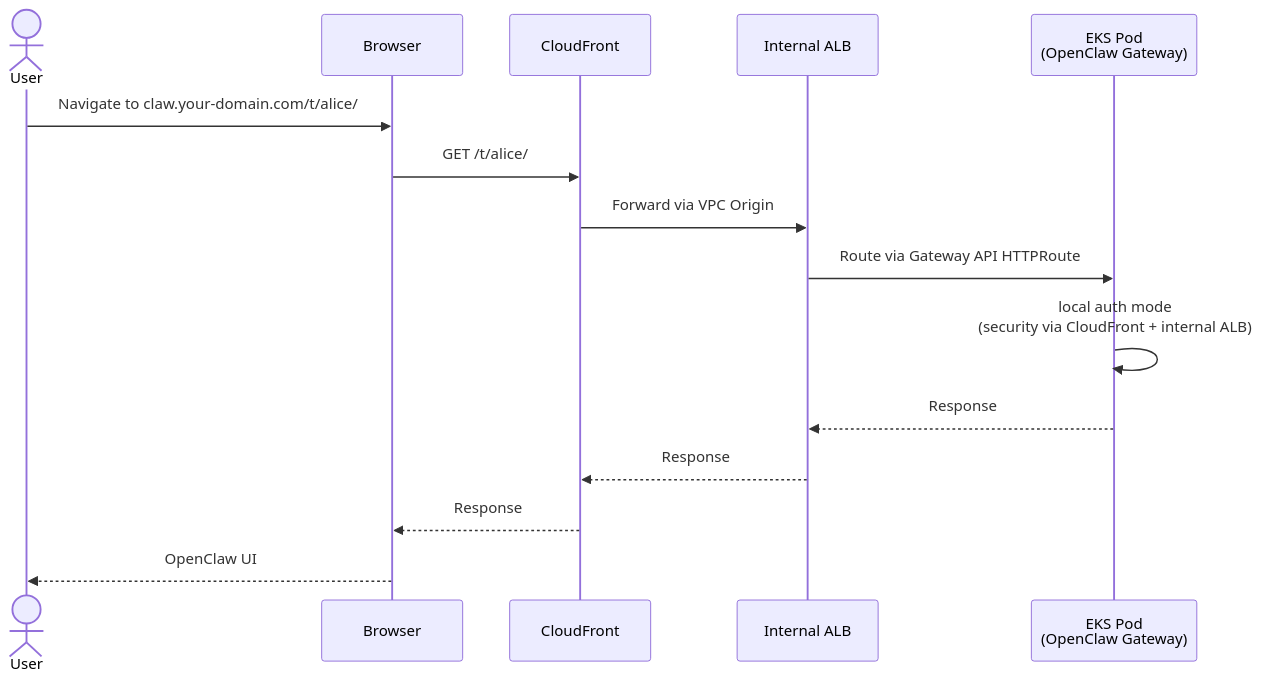
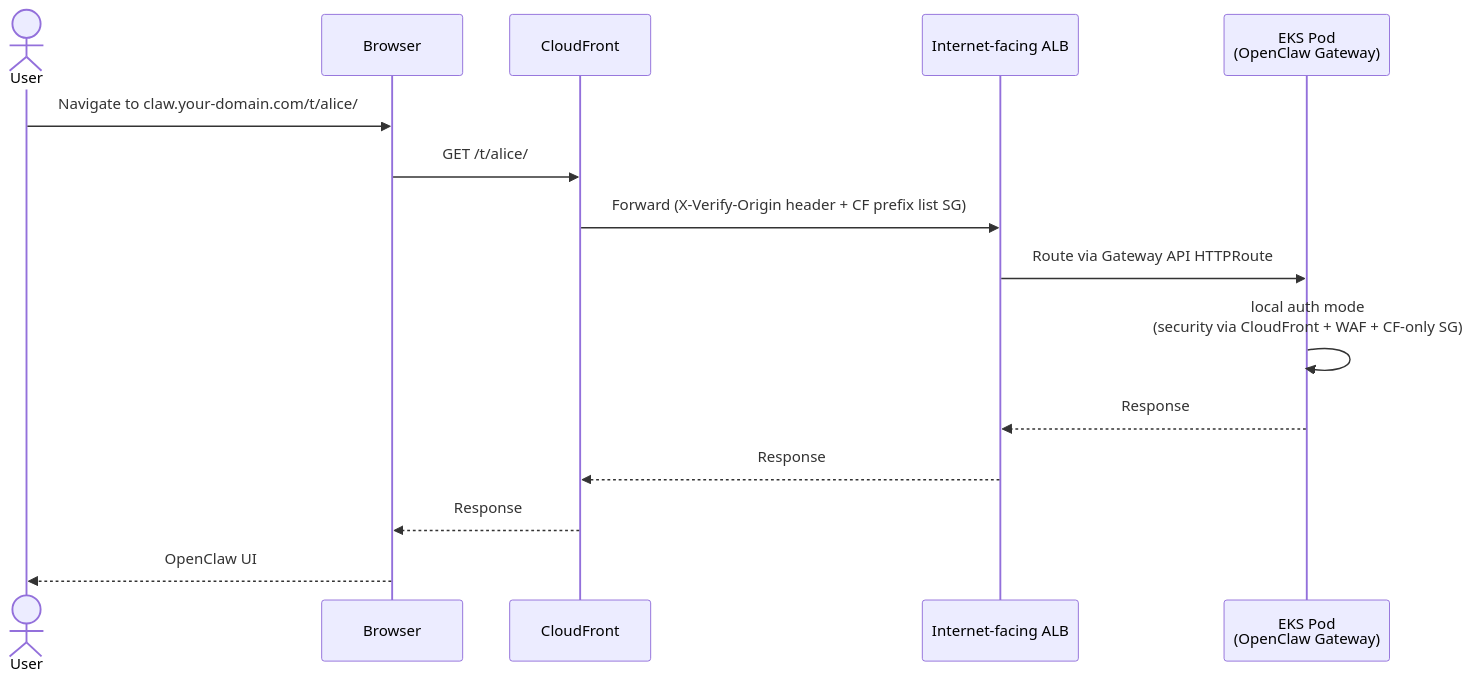
Before and after one commit to snese/sample-openclaw-multi-tenant-platform: the fourth of 5 diagrams in docs/architecture.md, drawn with Mermaid. The commit also changed other lines of this file and 1 other file, not shown here.

First line of the commit message:
docs: update architecture and security docs for post-#18 internet-facing ALB (#26)

````diff
--- a/docs/architecture.md
+++ b/docs/architecture.md
@@ -272,18 +272,18 @@
 ```mermaid
 sequenceDiagram
     actor User
     participant Browser
     participant CloudFront
-    participant ALB as Internal ALB
+    participant ALB as Internet-facing ALB
     participant Pod as EKS Pod<br/>(OpenClaw Gateway)
 
     User->>Browser: Navigate to claw.your-domain.com/t/alice/
     Browser->>CloudFront: GET /t/alice/
-    CloudFront->>ALB: Forward via VPC Origin
+    CloudFront->>ALB: Forward (X-Verify-Origin header + CF prefix list SG)
     ALB->>Pod: Route via Gateway API HTTPRoute
-    Pod->>Pod: local auth mode<br/>(security via CloudFront + internal ALB)
+    Pod->>Pod: local auth mode<br/>(security via CloudFront + WAF + CF-only SG)
     Pod-->>ALB: Response
     ALB-->>CloudFront: Response
     CloudFront-->>Browser: Response
     Browser-->>User: OpenClaw UI
 ```
````
